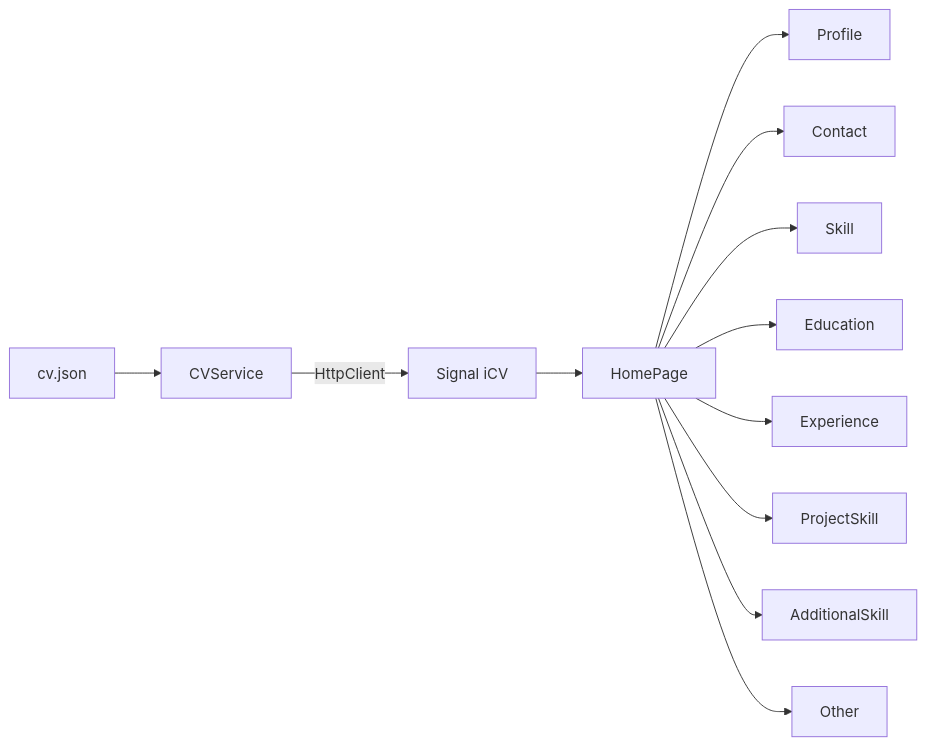
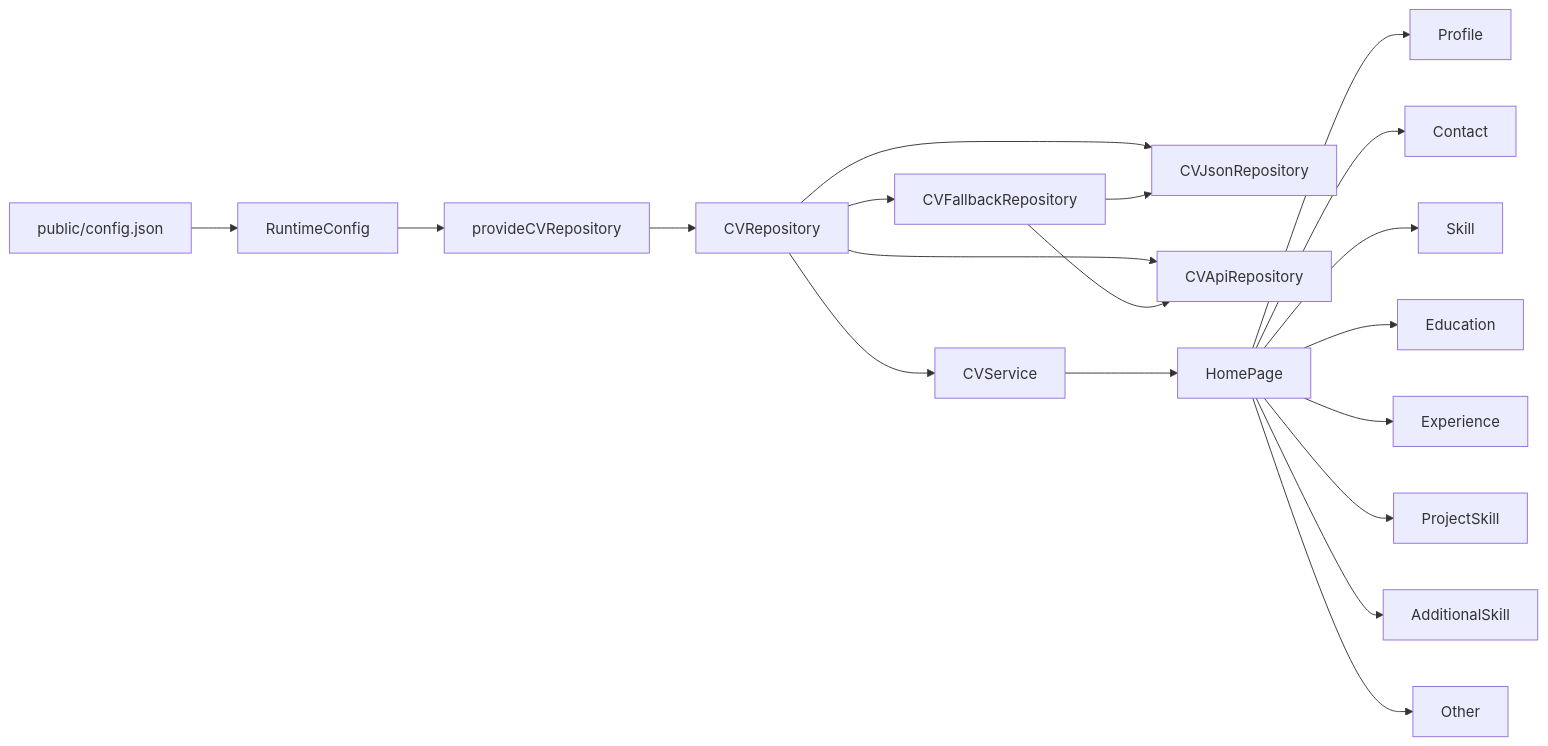
One commit to ericmunozdev/portafolio-frontend changed the diagram in README.md. Above: the diagram before and after it, drawn with Mermaid. The commit also changed other lines of this file, not shown here.

````diff
--- a/README.md
+++ b/README.md
@@ -48,14 +49,21 @@
 ```mermaid
 flowchart LR
-    JSON[cv.json] --> Service[CVService]
-    Service -->|HttpClient| Signal[Signal iCV]
-    Signal --> Home[HomePage]
+    Config[public/config.json] --> Runtime[RuntimeConfig]
+    Runtime --> Provider[provideCVRepository]
+    Provider --> Port[CVRepository]
+    Port --> Json[CVJsonRepository]
+    Port --> Api[CVApiRepository]
+    Port --> Fallback[CVFallbackRepository]
+    Fallback --> Api
+    Fallback --> Json
+    Port --> Service[CVService]
+    Service --> Home[HomePage]
     Home --> Profile
     Home --> Contact
     Home --> Skill
     Home --> Education
     Home --> Experience
     Home --> ProjectSkill[ProjectSkill]
     Home --> AdditionalSkill[AdditionalSkill]
     Home --> Other
 ```
````
